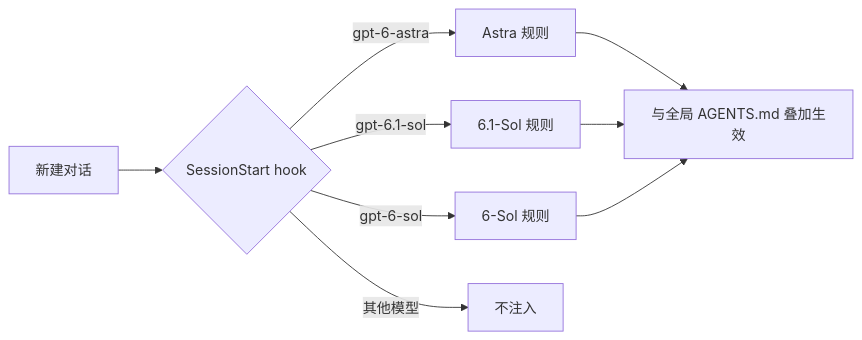
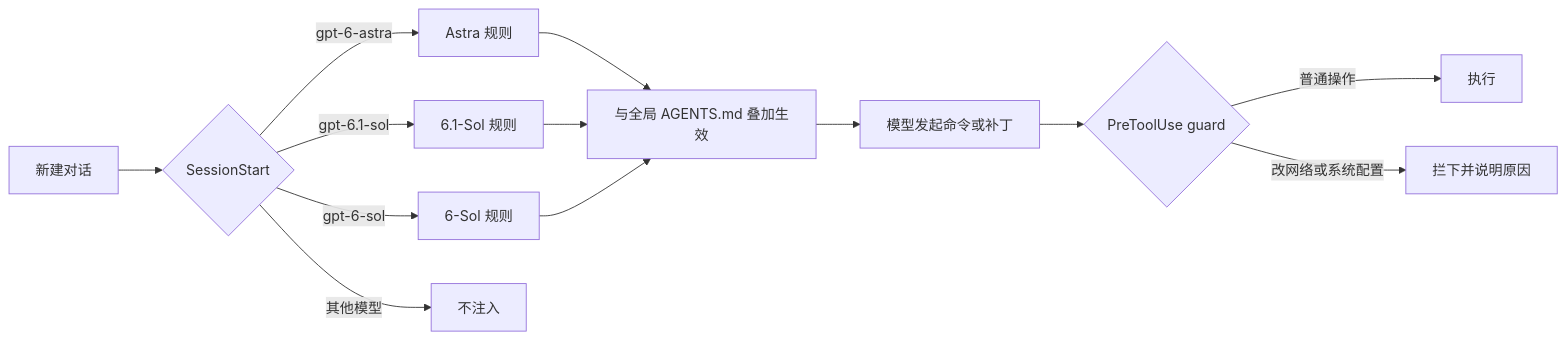
One commit to RainyMarks/GPT6-Research-Dev-Boost changed the diagram in README.md. Above: the diagram before and after it, drawn with Mermaid. The commit also changed other lines of this file and 6 other files, not shown here.

First line of the commit message:
v3: autonomy and code-quality rules, PreToolUse guard, Windows encoding

````diff
--- a/README.md
+++ b/README.md
@@ -34,9 +40,13 @@
 ```mermaid
 flowchart LR
-    A[新建对话] --> B{SessionStart hook}
+    A[新建对话] --> B{SessionStart}
     B -->|gpt-6-astra| C[Astra 规则]
     B -->|gpt-6.1-sol| D[6.1-Sol 规则]
     B -->|gpt-6-sol| E[6-Sol 规则]
     B -->|其他模型| F[不注入]
     C & D & E --> G[与全局 AGENTS.md 叠加生效]
+    G --> H[模型发起命令或补丁]
+    H --> I{PreToolUse guard}
+    I -->|普通操作| J[执行]
+    I -->|改网络或系统配置| K[拦下并说明原因]
 ```
````
